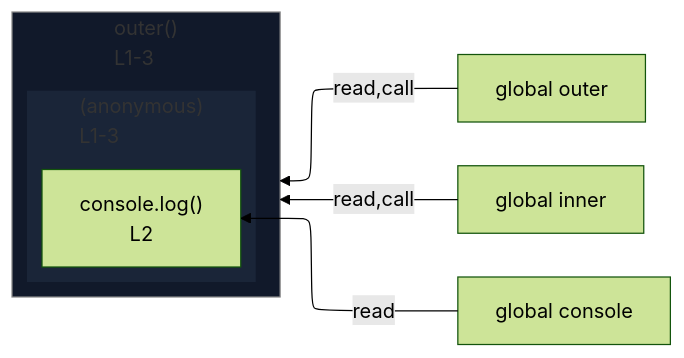
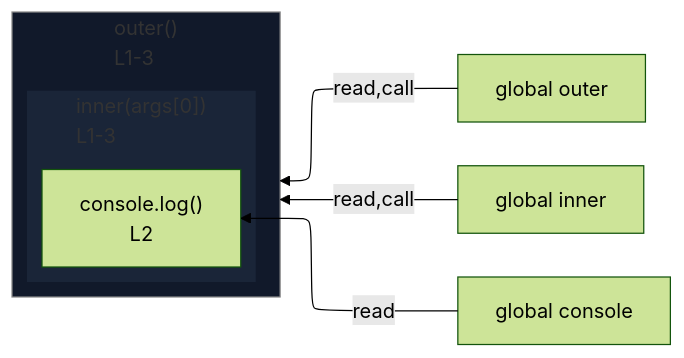
The diagram in integration/fixtures/expression-statement/nested-call-with-callback/preview.md (crescware/unsnarl), drawn with Mermaid (forest theme) before and after one commit. The commit also changed 71 other files, not shown here.

````diff
--- a/integration/fixtures/expression-statement/nested-call-with-callback/preview.md
+++ b/integration/fixtures/expression-statement/nested-call-with-callback/preview.md
@@ -13,23 +13,23 @@
 ```mermaid
 %%{init: {"flowchart": {"defaultRenderer": "elk"}}}%%
 flowchart RL
   n_scope_0_outer_0["global outer"]
   n_scope_0_inner_6["global inner"]
   n_scope_0_console_22["global console"]
   subgraph expr_stmt_0["outer()<br/>L1-3"]
     direction RL
-    subgraph s_scope_1["(anonymous)<br/>L1-3"]
+    subgraph s_scope_1["inner(args[0])<br/>L1-3"]
       direction RL
       expr_stmt_22["console.log()<br/>L2"]
     end
   end
   n_scope_0_outer_0 -->|read,call| expr_stmt_0
   n_scope_0_inner_6 -->|read,call| expr_stmt_0
   n_scope_0_console_22 -->|read| expr_stmt_22
   classDef nestL1 fill:#11192a,stroke:transparent;
   class expr_stmt_0 nestL1;
   classDef nestL2 fill:#1a2538,stroke:transparent;
   class s_scope_1 nestL2;
   classDef edgeTargetSubgraph stroke:#888;
   class expr_stmt_0 edgeTargetSubgraph;
 ```
````
